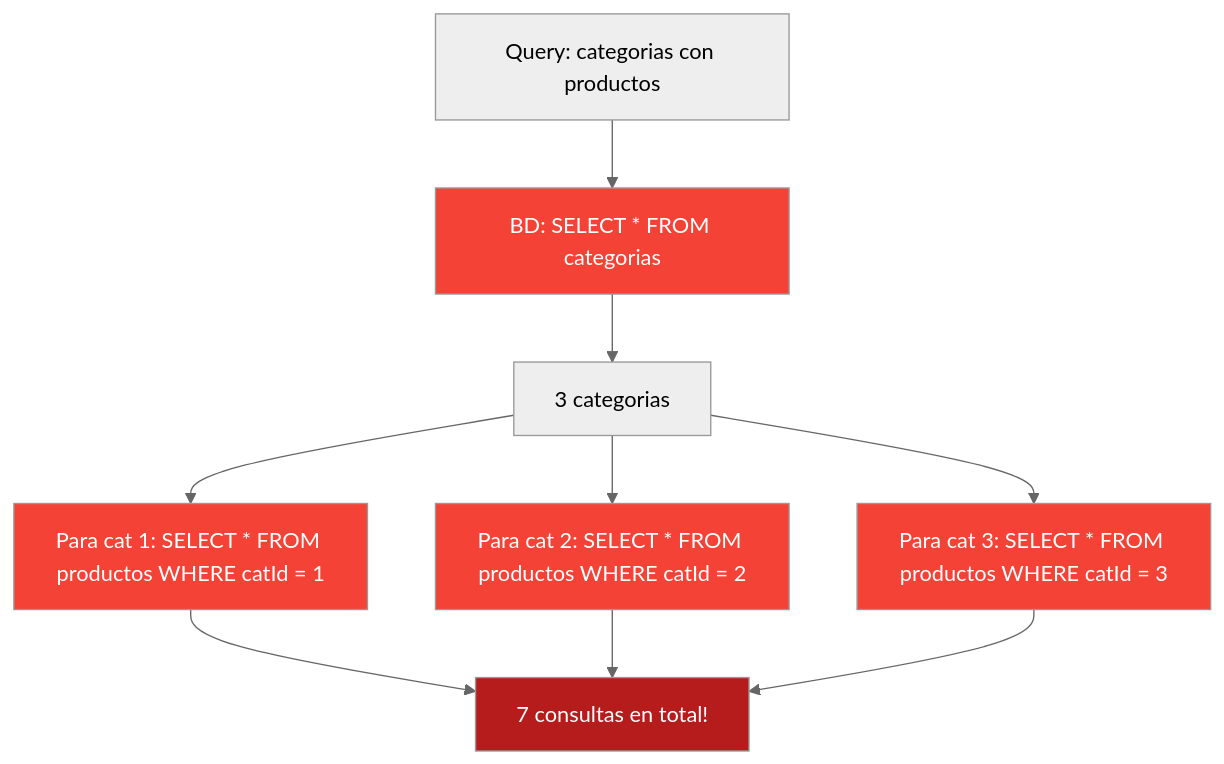
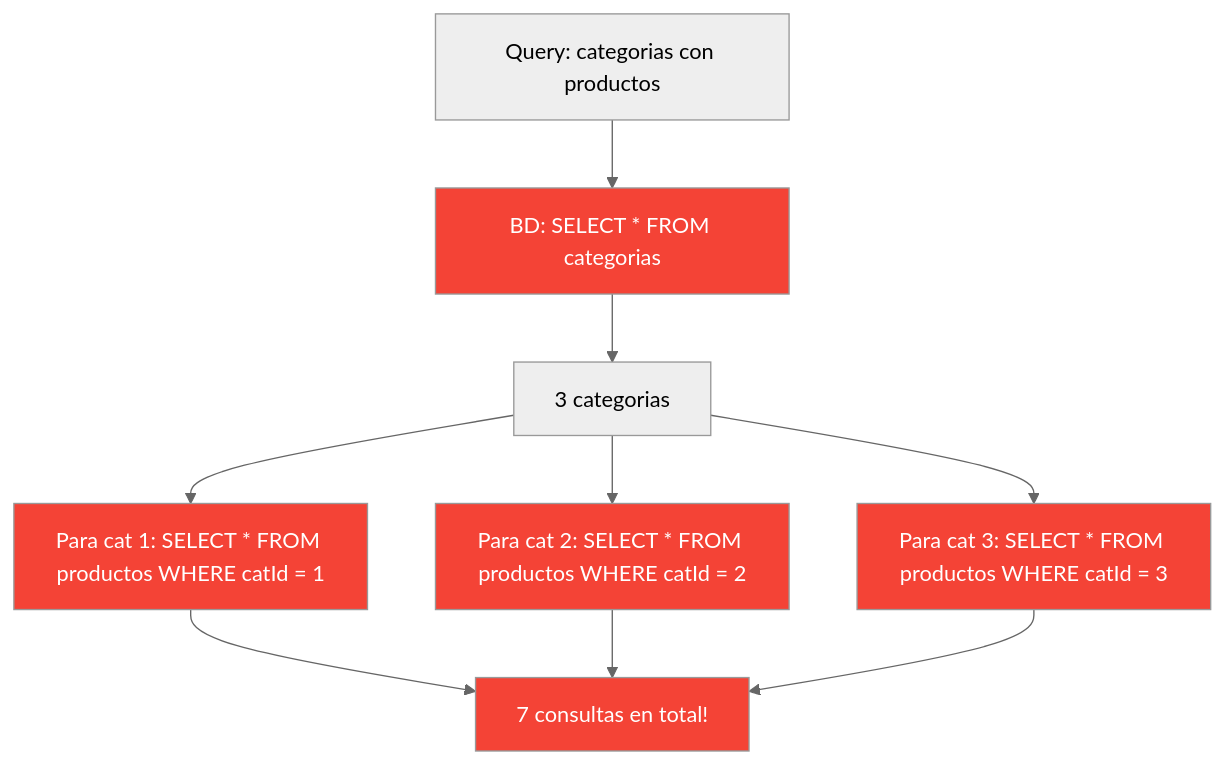
One commit to joseluisgs/DesarrolloWebEntornosServidor-02-2026-2027 changed the eighth of 10 diagrams in 19-graphql.md. Above: the diagram before and after it, drawn with Mermaid (neutral theme). The commit also changed other lines of this file and 3 other files, not shown here.

Commit message:
[fix] Actualizar estilos y contenido en los documentos de autenticación, autorización, WebSockets y GraphQL

````diff
--- a/19-graphql.md
+++ b/19-graphql.md
@@ -870,19 +875,19 @@
 ```mermaid
 graph TD
     Q["Query: categorias con productos"] --> S1["BD: SELECT * FROM categorias"]
     S1 --> C["3 categorias"]
 
     C --> D1["Para cat 1: SELECT * FROM productos WHERE catId = 1"]
     C --> D2["Para cat 2: SELECT * FROM productos WHERE catId = 2"]
     C --> D3["Para cat 3: SELECT * FROM productos WHERE catId = 3"]
 
     D1 --> R["7 consultas en total!"]
     D2 --> R
     D3 --> R
 
     style S1 fill:#f44336,color:#fff
     style D1 fill:#f44336,color:#fff
     style D2 fill:#f44336,color:#fff
     style D3 fill:#f44336,color:#fff
-    style R fill:#B71C1C,color:#fff
+    style R fill:#f44336,color:#fff
 ```
````
